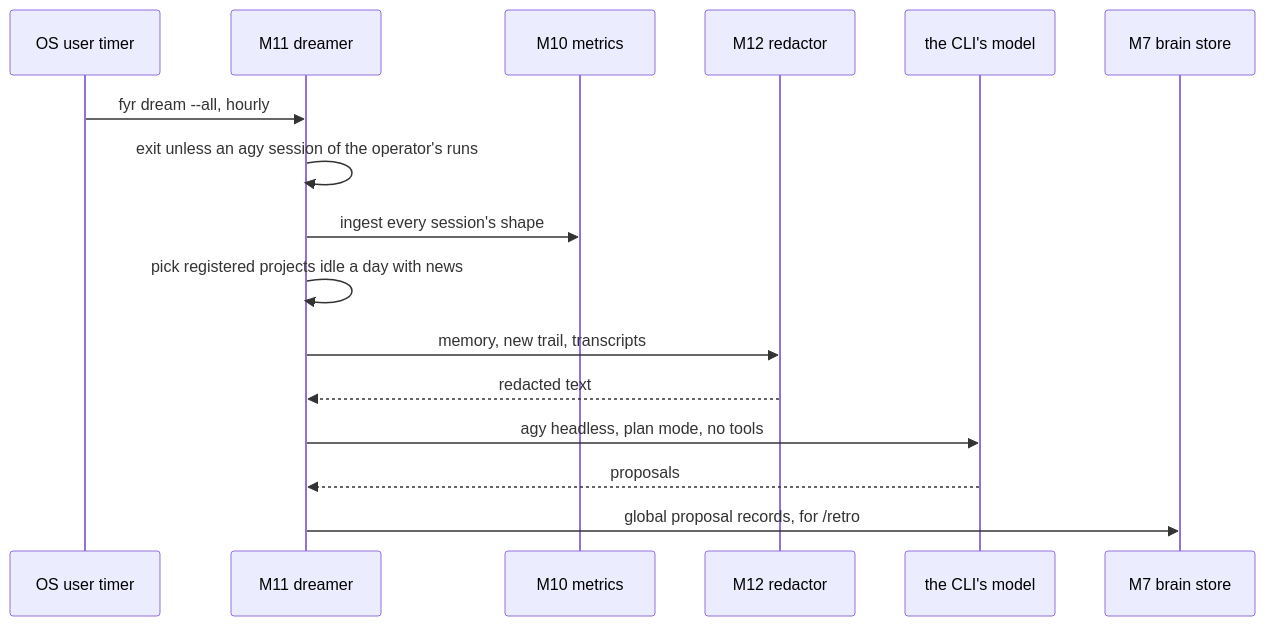
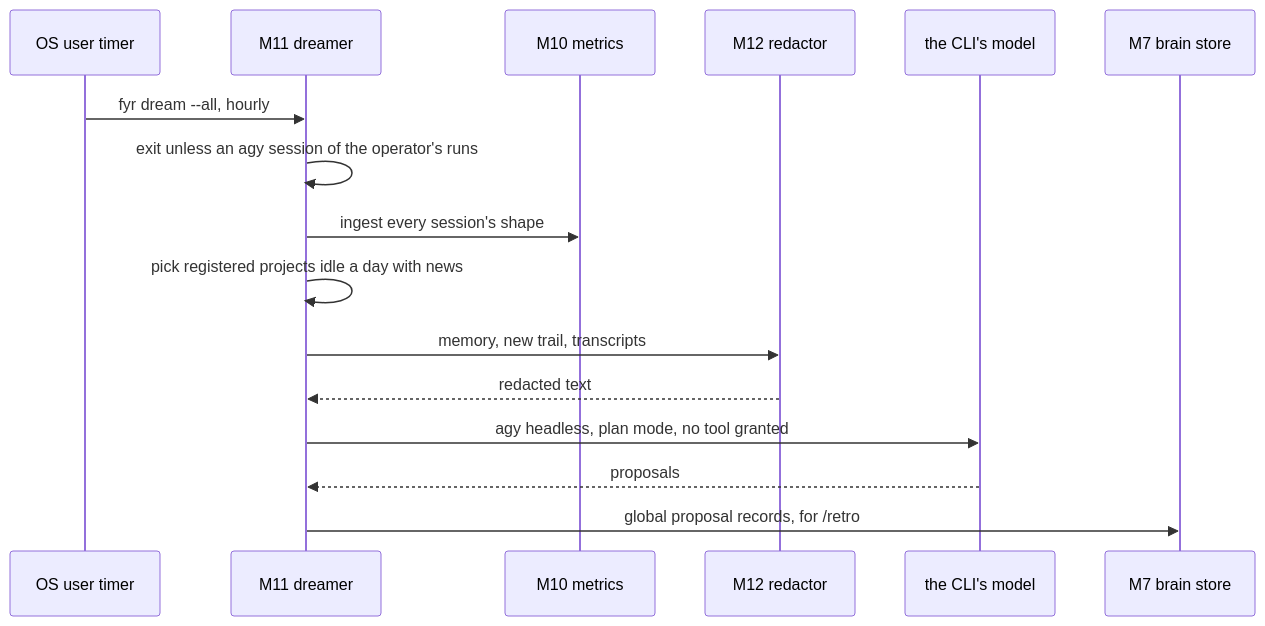
One commit to kesokaj/fyr changed the fifth of 5 diagrams in SDD.md. Above: the diagram before and after it, drawn with Mermaid. The commit also changed 15 other files, not shown here.

````diff
--- a/SDD.md
+++ b/SDD.md
@@ -110,18 +110,18 @@
 ```mermaid
 sequenceDiagram
   participant T as OS user timer
   participant D as M11 dreamer
   participant M as M10 metrics
   participant R as M12 redactor
   participant P as the CLI's model
   participant B as M7 brain store
   T->>D: fyr dream --all, hourly
   D->>D: exit unless an agy session of the operator's runs
   D->>M: ingest every session's shape
   D->>D: pick registered projects idle a day with news
   D->>R: memory, new trail, transcripts
   R-->>D: redacted text
-  D->>P: agy headless, plan mode, no tools
+  D->>P: agy headless, plan mode, no tool granted
   P-->>D: proposals
   D->>B: global proposal records, for /retro
 ```
````
